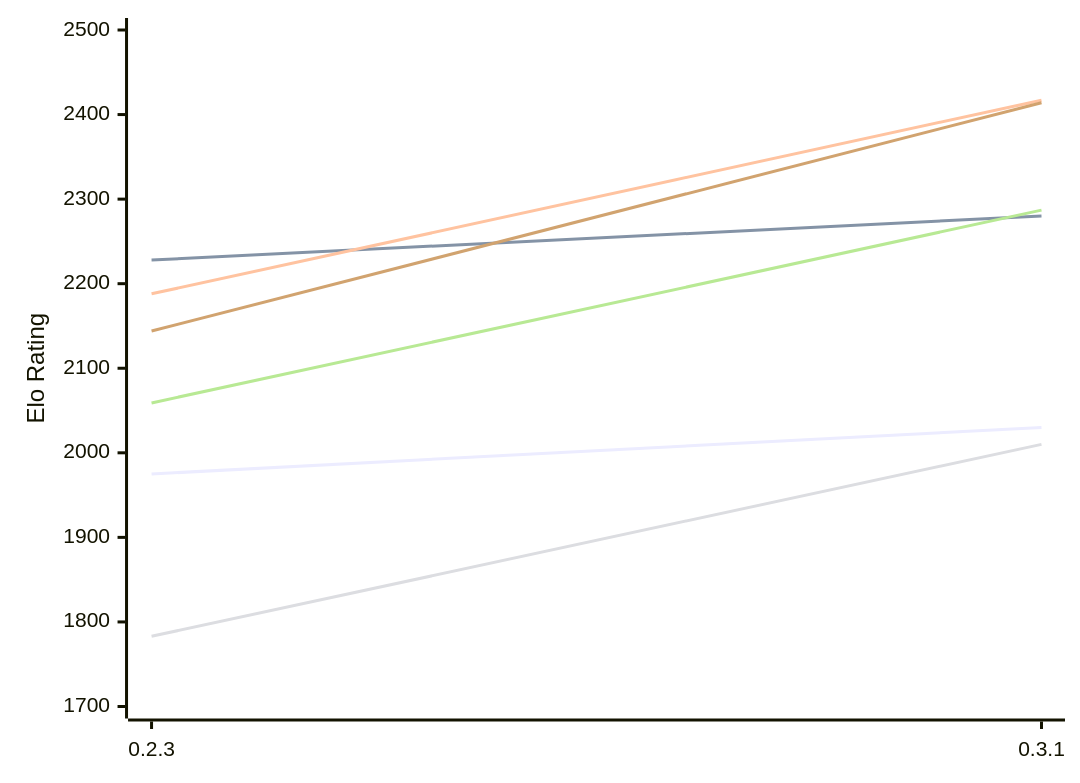
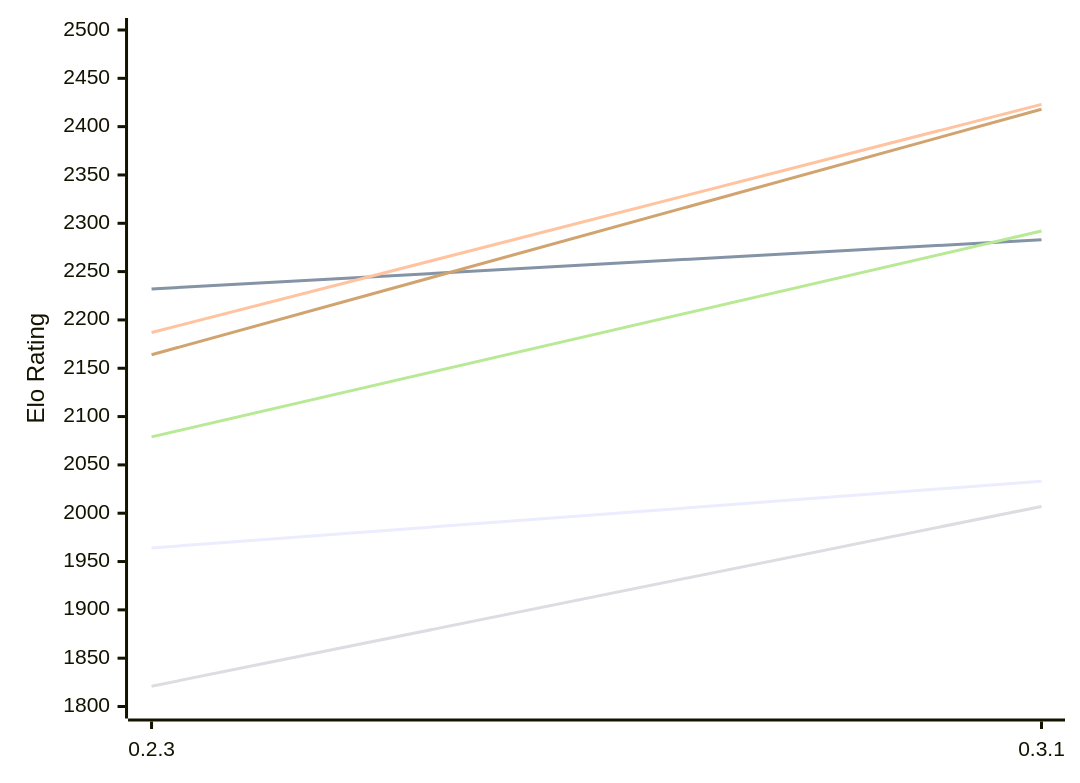
The first of 2 diagrams in engines/Lolbot.md (computer-chess-index/cci), drawn with Mermaid before and after one commit. The commit also changed other lines of this file, not shown here.

Commit message:
Update CCI Ratings (ELO VLTC) - 2026-11-16

````diff
--- a/engines/Lolbot.md
+++ b/engines/Lolbot.md
@@ -53,12 +53,12 @@
 ```mermaid
 %%{init: {"theme":"base","themeVariables":{"seriesColors:['#a3a3a3','#222221','#faa371']}}}%%
 xychart-beta
   x-axis ["0.2.3", "0.3.1"]
-  y-axis "Elo Rating" 1700 --> 2500
-  line "E1: STC (8.0+0.08s)" [1975, 2030]
-  line "E1: LTC (60.0+0.60s)" [2228, 2280]
-  line "E1: VLTC (2m24s+1.12s)" [2188, 2417]
-  line "P1: STC (8.0+0.08s)" [1783, 2010]
-  line "P1: LTC (60.0+0.60s)" [2059, 2287]
-  line "P1: VLTC (2m24s+1.12s)" [2144, 2414]
+  y-axis "Elo Rating" 1800 --> 2500
+  line "E1: STC (8.0+0.08s)" [1964, 2033]
+  line "E1: LTC (60.0+0.60s)" [2232, 2283]
+  line "E1: VLTC (2m24s+1.12s)" [2187, 2423]
+  line "P1: STC (8.0+0.08s)" [1821, 2007]
+  line "P1: LTC (60.0+0.60s)" [2079, 2292]
+  line "P1: VLTC (2m24s+1.12s)" [2164, 2418]
 ```
````
